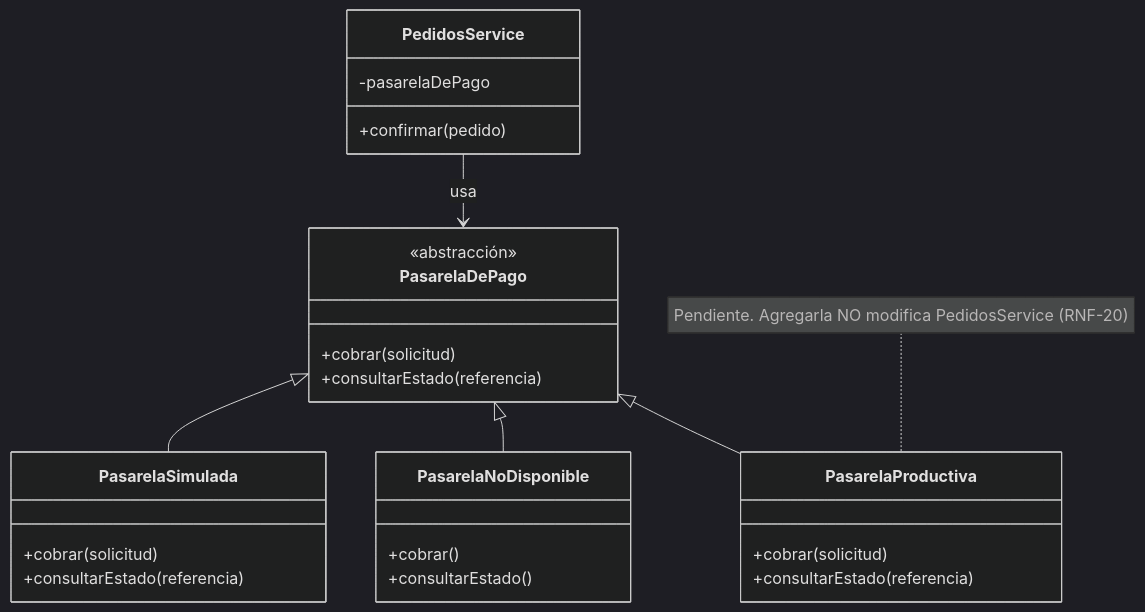
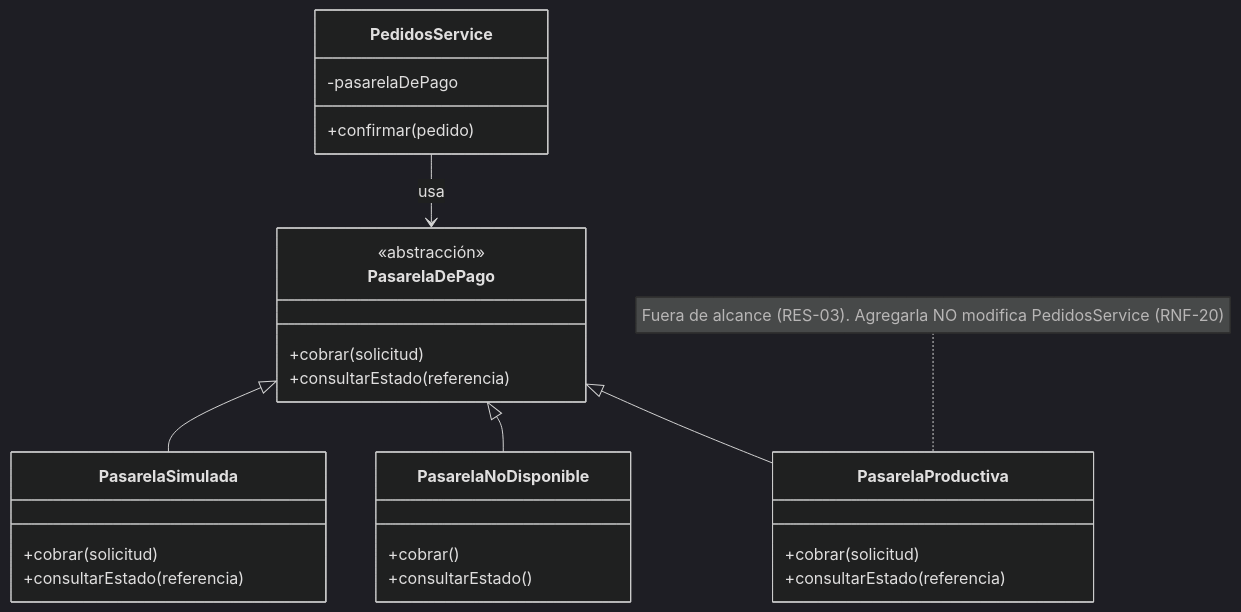
One commit to juanselospi/21CoPilots_PIBasesIngesoft changed the third of 8 diagrams in documentos/diseño/arquitectura.md. Above: the diagram before and after it, drawn with Mermaid (dark theme). The commit also changed other lines of this file and 7 other files, not shown here.

````diff
--- a/documentos/diseño/arquitectura.md
+++ b/documentos/diseño/arquitectura.md
@@ -323,31 +360,31 @@
 ```mermaid
 classDiagram
     class PedidosService {
         -pasarelaDePago
         +confirmar(pedido)
     }
     class PasarelaDePago {
         <<abstracción>>
         +cobrar(solicitud)
         +consultarEstado(referencia)
     }
     class PasarelaSimulada {
         +cobrar(solicitud)
         +consultarEstado(referencia)
     }
     class PasarelaNoDisponible {
         +cobrar()
         +consultarEstado()
     }
     class PasarelaProductiva {
         +cobrar(solicitud)
         +consultarEstado(referencia)
     }
 
     PedidosService --> PasarelaDePago : usa
     PasarelaDePago <|-- PasarelaSimulada
     PasarelaDePago <|-- PasarelaNoDisponible
     PasarelaDePago <|-- PasarelaProductiva
 
-    note for PasarelaProductiva "Pendiente. Agregarla NO modifica PedidosService (RNF-20)"
+    note for PasarelaProductiva "Fuera de alcance (RES-03). Agregarla NO modifica PedidosService (RNF-20)"
 ```
````
